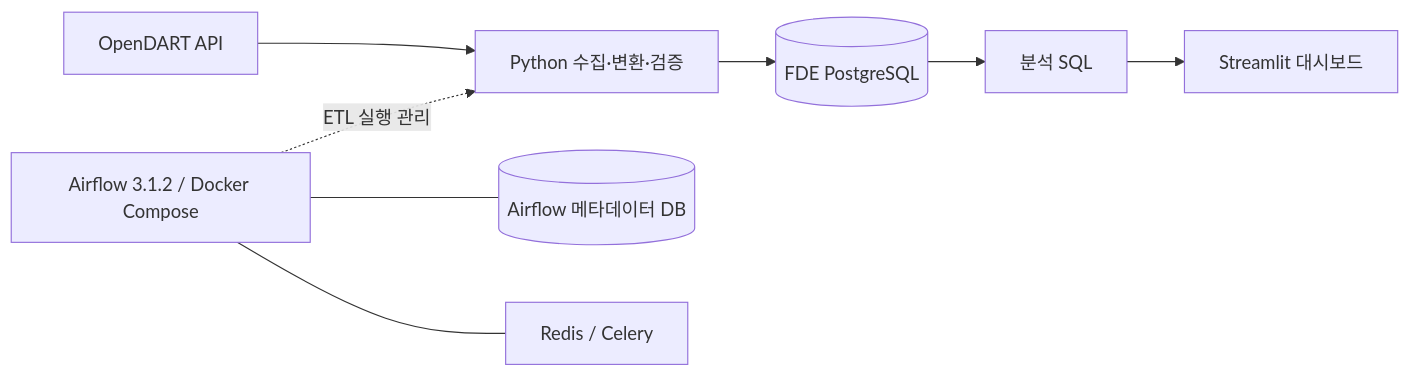
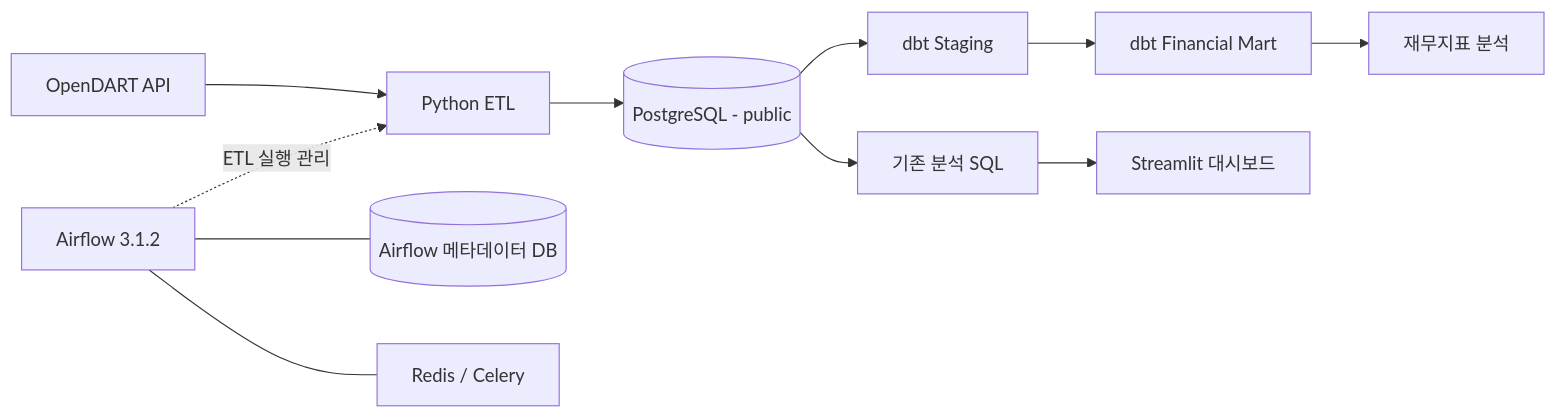
Before and after one commit to 5aro/FDE: the diagram in README.md, drawn with Mermaid. The commit also changed other lines of this file and 1 other file, not shown here.

````diff
--- a/README.md
+++ b/README.md
@@ -22,10 +55,16 @@
 ```mermaid
 flowchart LR
-    D[OpenDART API] --> P[Python 수집·변환·검증]
-    P --> F[(FDE PostgreSQL)]
-    F --> Q[분석 SQL]
+    D[OpenDART API] --> P[Python ETL]
+    P --> F[(PostgreSQL - public)]
+
+    F --> ST[dbt Staging]
+    ST --> MT[dbt Financial Mart]
+    MT --> AN[재무지표 분석]
+
+    F --> Q[기존 분석 SQL]
     Q --> S[Streamlit 대시보드]
-    A[Airflow 3.1.2 / Docker Compose] -. ETL 실행 관리 .-> P
+
+    A[Airflow 3.1.2] -. ETL 실행 관리 .-> P
     A --- M[(Airflow 메타데이터 DB)]
     A --- R[Redis / Celery]
 ```
````
